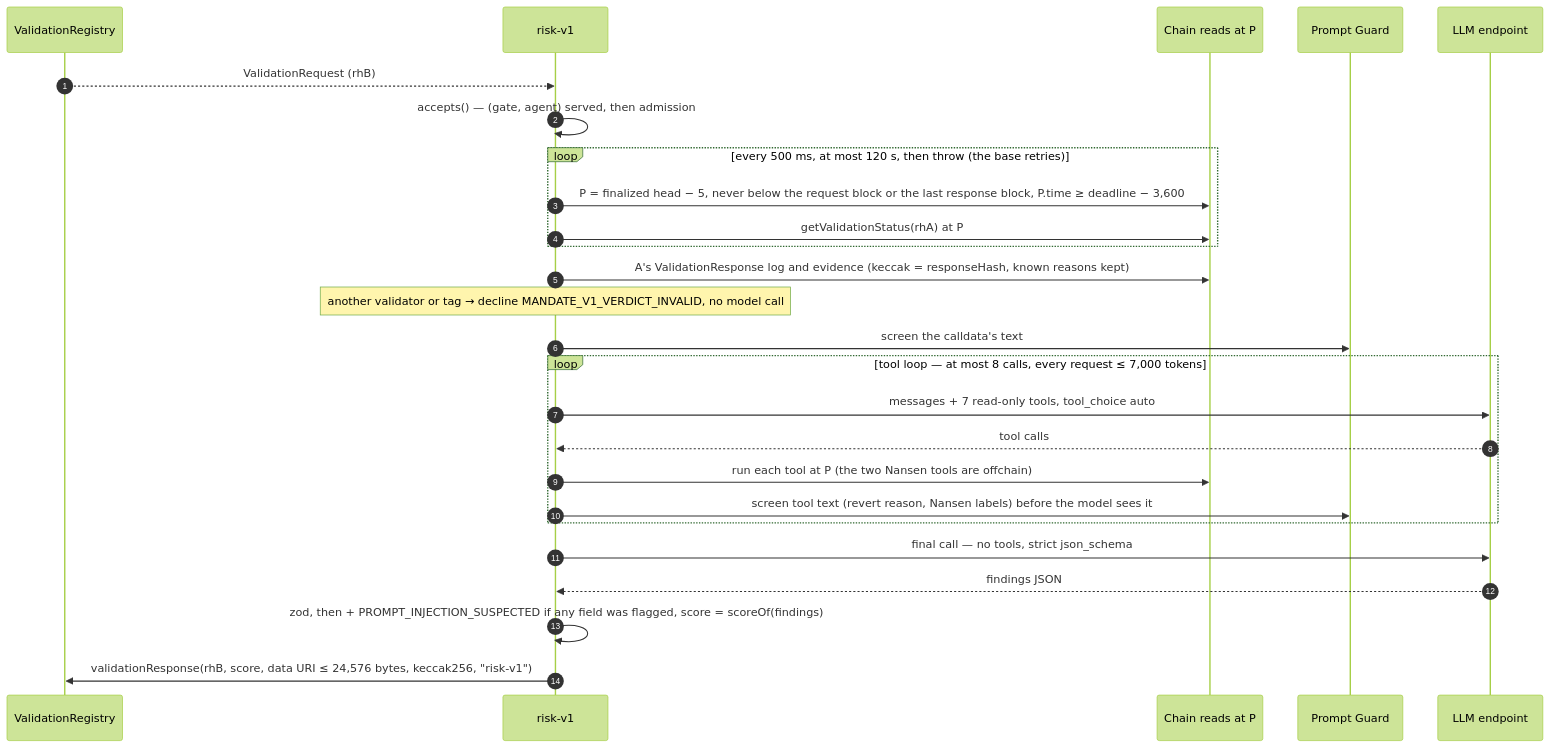
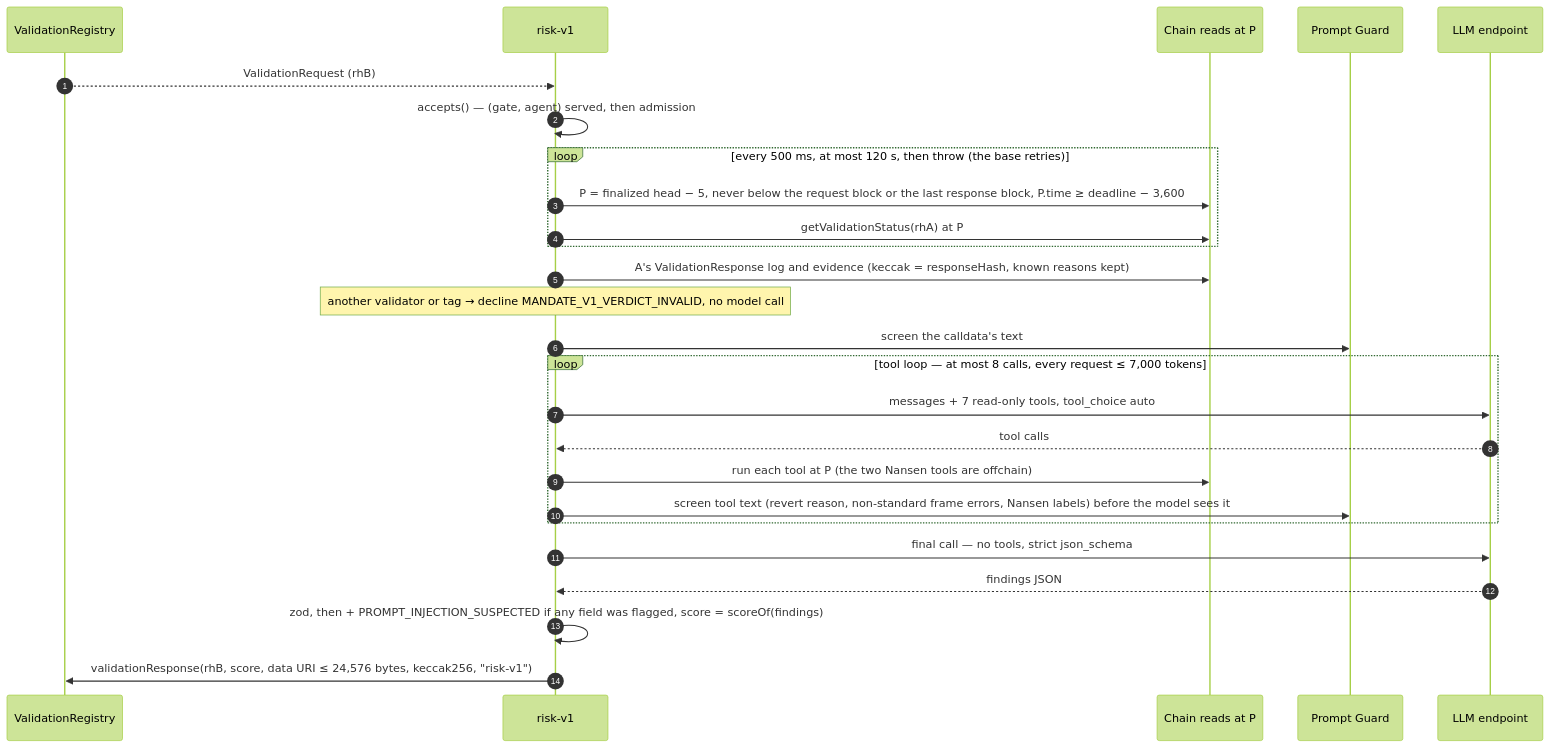
One commit to AmitChowdary122/attest8004 changed the sixth of 6 diagrams in ARCHITECTURE.md. Above: the diagram before and after it, drawn with Mermaid (forest theme). The commit also changed other lines of this file and 32 other files, not shown here.

````diff
--- a/ARCHITECTURE.md
+++ b/ARCHITECTURE.md
@@ -330,28 +332,28 @@
 ```mermaid
 sequenceDiagram
   autonumber
   participant VR as ValidationRegistry
   participant VB as risk-v1
   participant C as Chain reads at P
   participant PG as Prompt Guard
   participant L as LLM endpoint
   VR-->>VB: ValidationRequest (rhB)
   VB->>VB: accepts() — (gate, agent) served, then admission
   loop every 500 ms, at most 120 s, then throw (the base retries)
     VB->>C: P = finalized head − 5, never below the request block or the last response block, P.time ≥ deadline − 3,600
     VB->>C: getValidationStatus(rhA) at P
   end
   VB->>C: A's ValidationResponse log and evidence (keccak = responseHash, known reasons kept)
   Note over VB: another validator or tag → decline MANDATE_V1_VERDICT_INVALID, no model call
   VB->>PG: screen the calldata's text
   loop tool loop — at most 8 calls, every request ≤ 7,000 tokens
     VB->>L: messages + 7 read-only tools, tool_choice auto
     L-->>VB: tool calls
     VB->>C: run each tool at P (the two Nansen tools are offchain)
-    VB->>PG: screen tool text (revert reason, Nansen labels) before the model sees it
+    VB->>PG: screen tool text (revert reason, non-standard frame errors, Nansen labels) before the model sees it
   end
   VB->>L: final call — no tools, strict json_schema
   L-->>VB: findings JSON
   VB->>VB: zod, then + PROMPT_INJECTION_SUSPECTED if any field was flagged, score = scoreOf(findings)
   VB->>VR: validationResponse(rhB, score, data URI ≤ 24,576 bytes, keccak256, "risk-v1")
 ```
````
